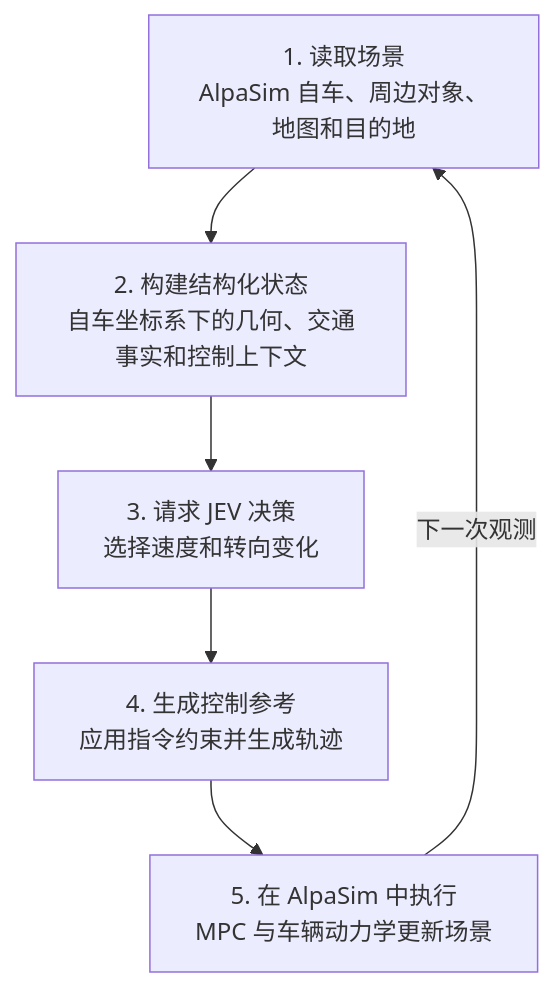
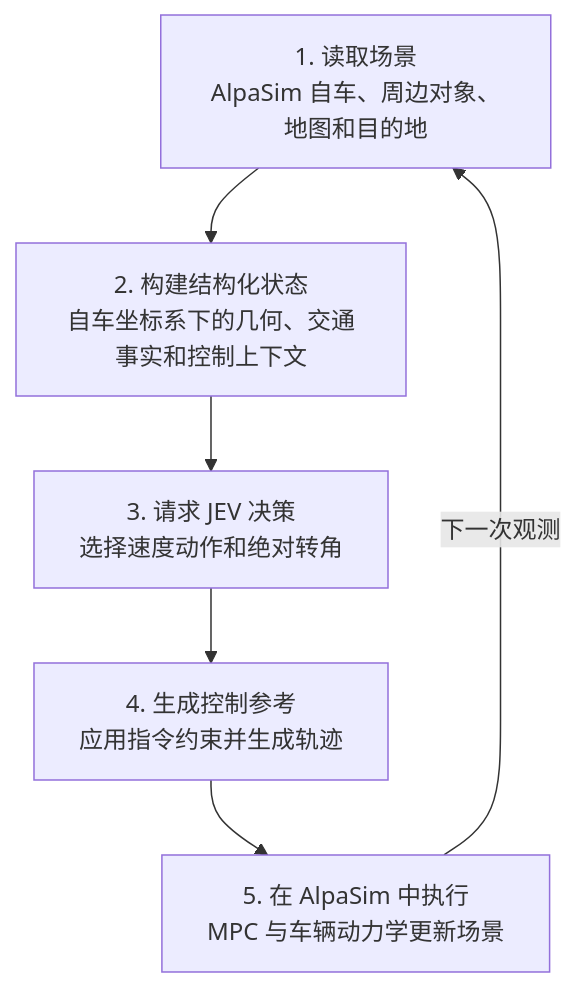
The diagram in docs/full-workflow.zh-CN.md (CATS-Lab/JEV-Drive), drawn with Mermaid before and after one commit. The commit also changed other lines of this file and 18 other files, not shown here.

````diff
--- a/docs/full-workflow.zh-CN.md
+++ b/docs/full-workflow.zh-CN.md
@@ -7,10 +7,10 @@
 ```mermaid
 flowchart TD
     A["1. 读取场景<br/>AlpaSim 自车、周边对象、地图和目的地"]
     B["2. 构建结构化状态<br/>自车坐标系下的几何、交通事实和控制上下文"]
-    C["3. 请求 JEV 决策<br/>选择速度和转向变化"]
+    C["3. 请求 JEV 决策<br/>选择速度动作和绝对转角"]
     D["4. 生成控制参考<br/>应用指令约束并生成轨迹"]
     E["5. 在 AlpaSim 中执行<br/>MPC 与车辆动力学更新场景"]
     A --> B --> C --> D --> E
     E -->|下一次观测| A
 ```
````
